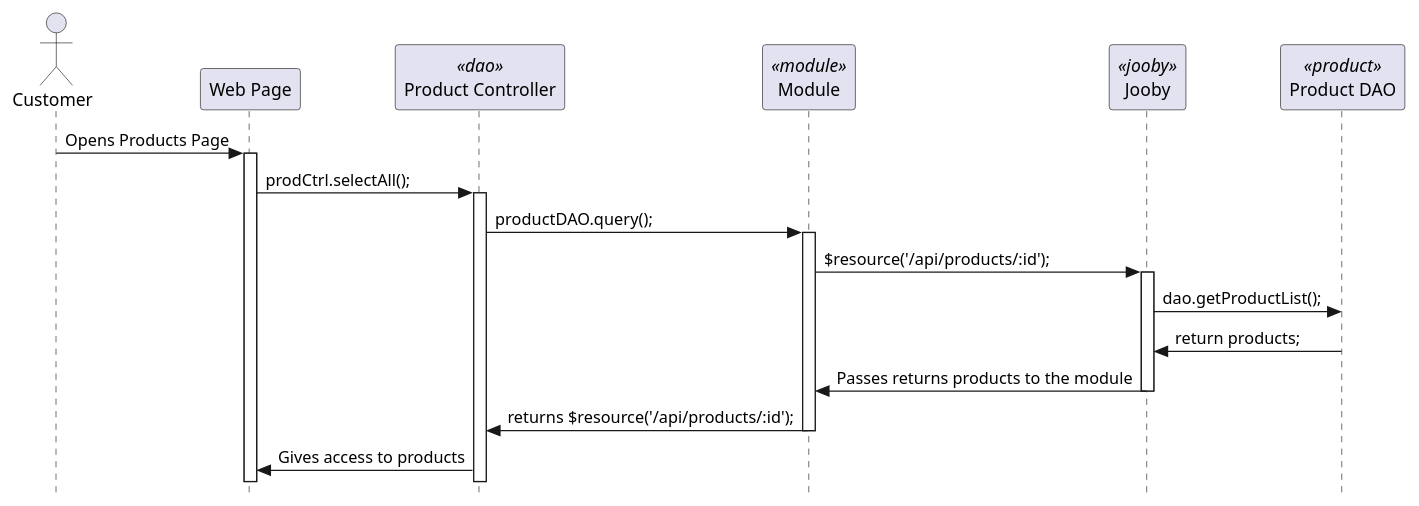
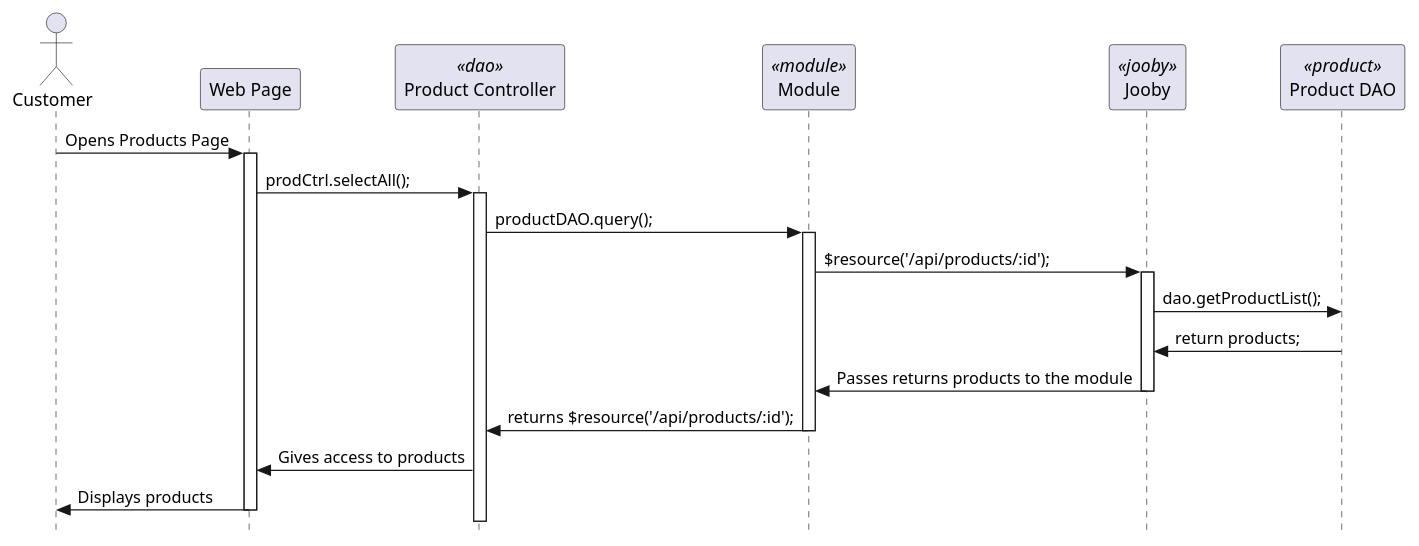
The diagram in diagrams/webPage.puml (Haintrain/Website), drawn with PlantUML before and after one commit. The commit also changed other lines of this file and 8 other files, not shown here.

```diff
--- a/diagrams/webPage.puml
+++ b/diagrams/webPage.puml
@@ -1,33 +1,35 @@
 @startuml
 ' use strict UML mode
 skinparam style strictuml
 
 actor "Customer" as customer
 participant "Web Page" as main
 participant "Product Controller" as controller <<dao>>
 participant "Module" as module <<module>>
 participant "Jooby" as jooby <<jooby>>
 participant "Product DAO" as dao <<product>>
 
 customer -> main : Opens Products Page
 main++
 main -> controller++ : prodCtrl.selectAll();
 
 
 controller-> module++ : productDAO.query();
 
 
 module -> jooby++ : $resource('/api/products/:id');
 
 
 jooby -> dao : dao.getProductList();
 dao -> jooby : return products;
 jooby -> module : Passes returns products to the module
 jooby--
 
 module -> controller-- : returns $resource('/api/products/:id');
 
 controller -> main : Gives access to products 
+main -> customer : Displays products
 
+main--
 
 @enduml
```
